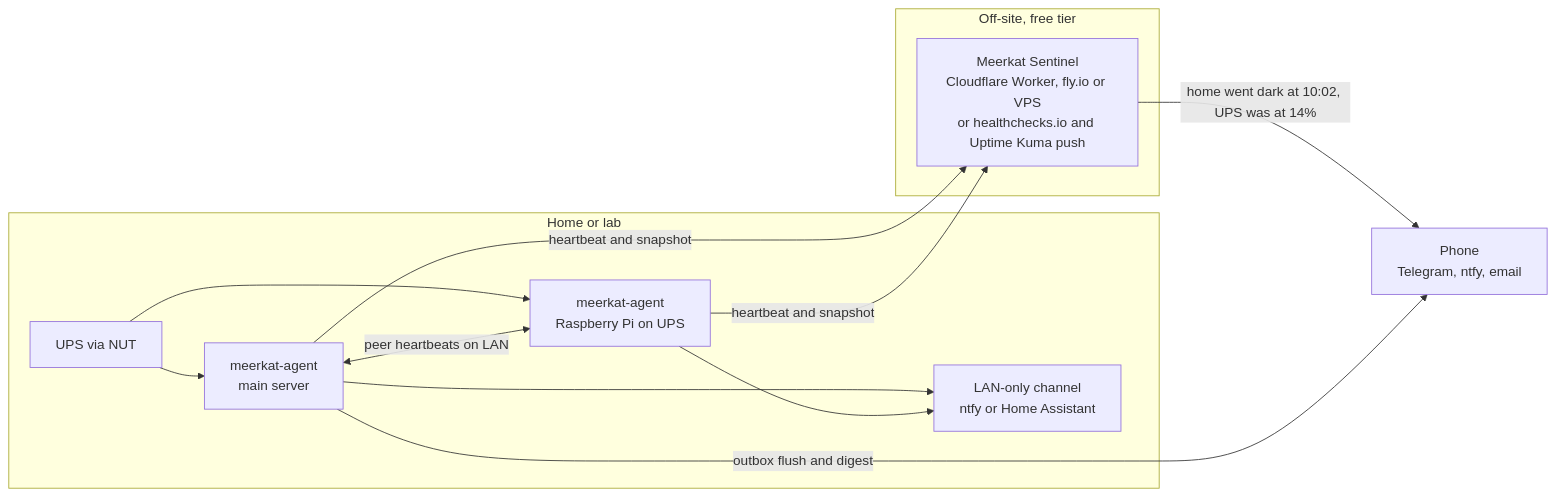
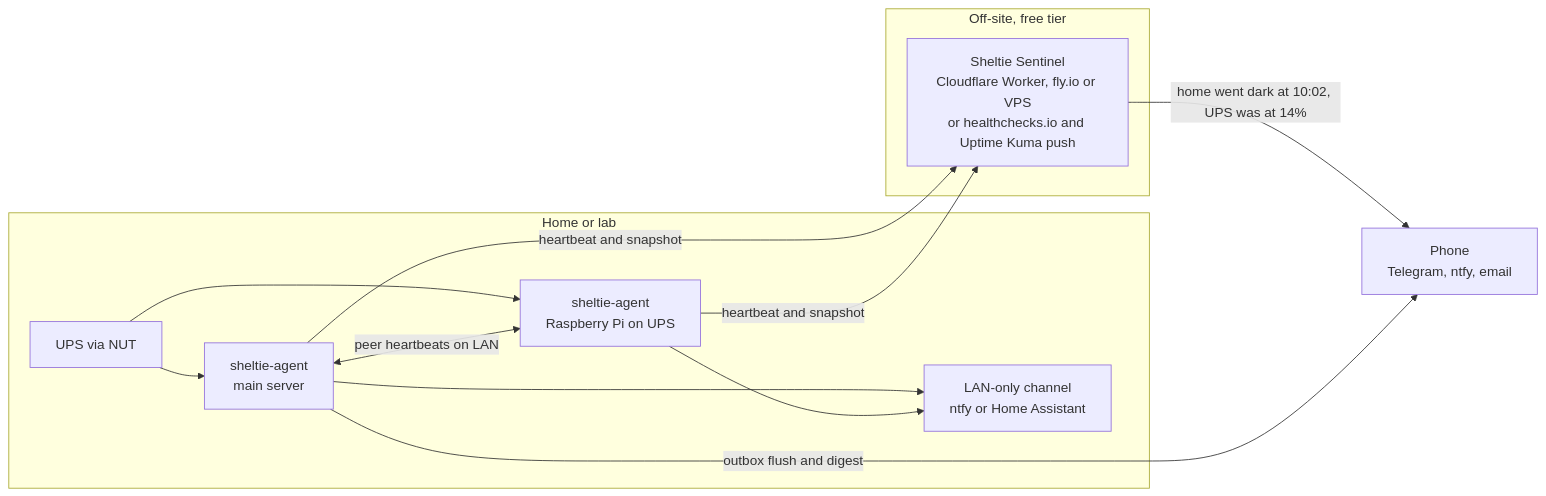
Before and after one commit to Xrg360/Sheltie: the third of 6 diagrams in docs/ARCHITECTURE.md, drawn with Mermaid. The commit also changed other lines of this file and 11 other files, not shown here.

````diff
--- a/docs/ARCHITECTURE.md
+++ b/docs/ARCHITECTURE.md
@@ -93,21 +93,21 @@
 ```mermaid
 flowchart LR
   subgraph Home["Home or lab"]
-    A1["meerkat-agent<br/>main server"]
-    A2["meerkat-agent<br/>Raspberry Pi on UPS"]
+    A1["sheltie-agent<br/>main server"]
+    A2["sheltie-agent<br/>Raspberry Pi on UPS"]
     UPS["UPS via NUT"]
     UPS --> A1
     UPS --> A2
     A1 <-->|"peer heartbeats on LAN"| A2
     LAN["LAN-only channel<br/>ntfy or Home Assistant"]
     A1 --> LAN
     A2 --> LAN
   end
   subgraph Offsite["Off-site, free tier"]
-    S["Meerkat Sentinel<br/>Cloudflare Worker, fly.io or VPS<br/>or healthchecks.io and Uptime Kuma push"]
+    S["Sheltie Sentinel<br/>Cloudflare Worker, fly.io or VPS<br/>or healthchecks.io and Uptime Kuma push"]
   end
   A1 -->|"heartbeat and snapshot"| S
   A2 -->|"heartbeat and snapshot"| S
   S -->|"home went dark at 10:02, UPS was at 14%"| PHONE["Phone<br/>Telegram, ntfy, email"]
   A1 -->|"outbox flush and digest"| PHONE
 ```
````
